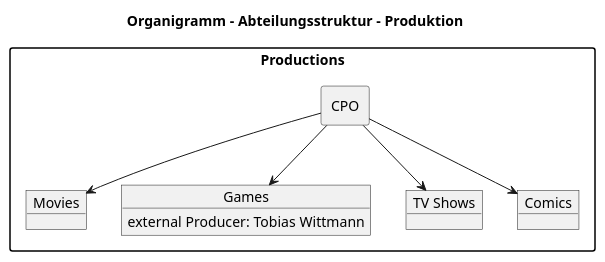
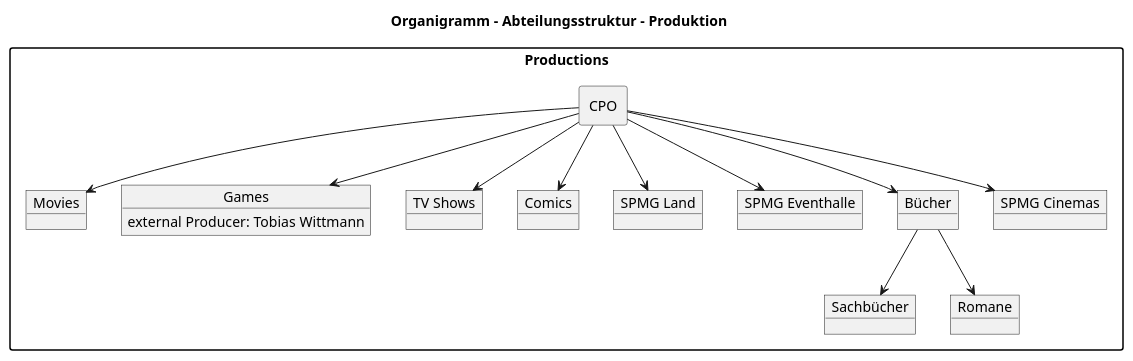
The diagram in Products_Projects.adoc (Stiller-und-Partner-Mediengruppe-GmbH/SPMG.Conceptplan), drawn with PlantUML before and after one commit. The commit also changed other lines of this file and 2 other files, not shown here.

```diff
--- a/Products_Projects.adoc
+++ b/Products_Projects.adoc
@@ -5,36 +5,48 @@
 [plantuml, org-chart-productions, svg]
 ----
 @startuml
 skinparam packageStyle rectangle
 
 ' Dieser Befehl erlaubt das Mischen von verschiedenen Elementtypen (Object & Rectangle)
 allowmixing
 
 ' Definition eines Styles für reinen Text
 skinparam rectangle<<text>> {
     BackgroundColor transparent
     BorderColor transparent
     Shadowing false
 }
 
 title Organigramm - Abteilungsstruktur - Produktion
 
 package "Productions" as PROD {
     rectangle "CPO" as CPO
     object "Movies" as MPU
     object "Games" as GPU{
      external Producer: Tobias Wittmann
 }
     object "TV Shows" as TVU
     object "Comics" as CPU
+    object "SPMG Land" as SPL
+    object "SPMG Eventhalle" as SPEH
+    object "Bücher" as BUE
+    Object "Sachbücher" as SBUE
+    Object "Romane" as ROMS
+    Object "SPMG Cinemas" as SCIN
+
 
     CPO -down-> MPU
     CPO -down-> GPU
     CPO -down-> TVU
     CPO -down-> CPU
-
+    CPO -down-> SPL
+    CPO -down-> SPEH
+    CPO -down-> BUE
+    BUE -down-> SBUE
+    BUE -down-> ROMS
+    CPO -down-> SCIN
 } 
 
 
 @enduml
 ----
```
